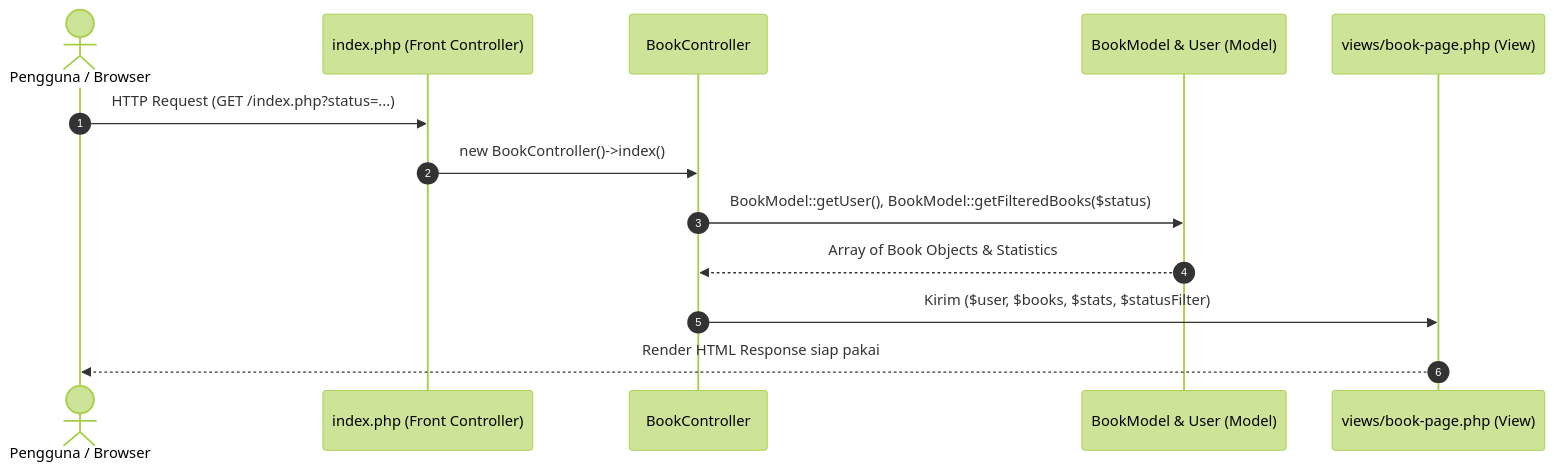
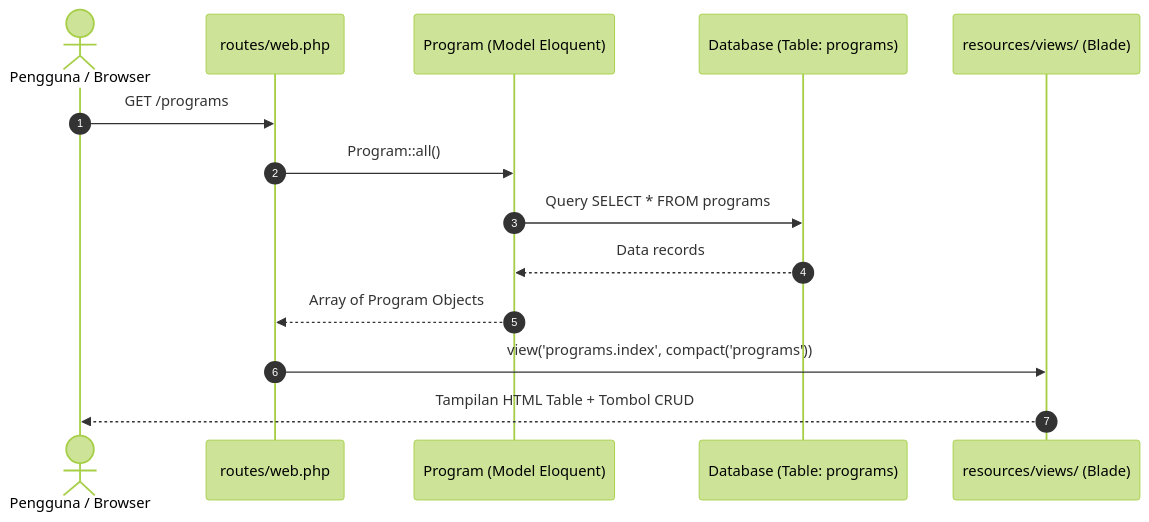
One commit to Erlinrsa/Book-Track changed the second of 2 diagrams in README.md. Above: the diagram before and after it, drawn with Mermaid (forest theme). The commit also changed other lines of this file and 8 other files, not shown here.

Commit message:
feat(week9): build blade views, crud routes, and front controller integration

````diff
--- a/README.md
+++ b/README.md
@@ -42,16 +44,17 @@
 ```mermaid
 sequenceDiagram
     autonumber
     actor User as Pengguna / Browser
-    participant Router as index.php (Front Controller)
-    participant Ctrl as BookController
-    participant Model as BookModel & User (Model)
-    participant View as views/book-page.php (View)
+    participant Route as routes/web.php
+    participant Model as Program (Model Eloquent)
+    participant DB as Database (Table: programs)
+    participant View as resources/views/ (Blade)
 
-    User->>Router: HTTP Request (GET /index.php?status=...)
-    Router->>Ctrl: new BookController()->index()
-    Ctrl->>Model: BookModel::getUser(), BookModel::getFilteredBooks($status)
-    Model-->>Ctrl: Array of Book Objects & Statistics
-    Ctrl->>View: Kirim ($user, $books, $stats, $statusFilter)
-    View-->>User: Render HTML Response siap pakai
+    User->>Route: GET /programs
+    Route->>Model: Program::all()
+    Model->>DB: Query SELECT * FROM programs
+    DB-->>Model: Data records
+    Model-->>Route: Array of Program Objects
+    Route->>View: view('programs.index', compact('programs'))
+    View-->>User: Tampilan HTML Table + Tombol CRUD
 ```
````
